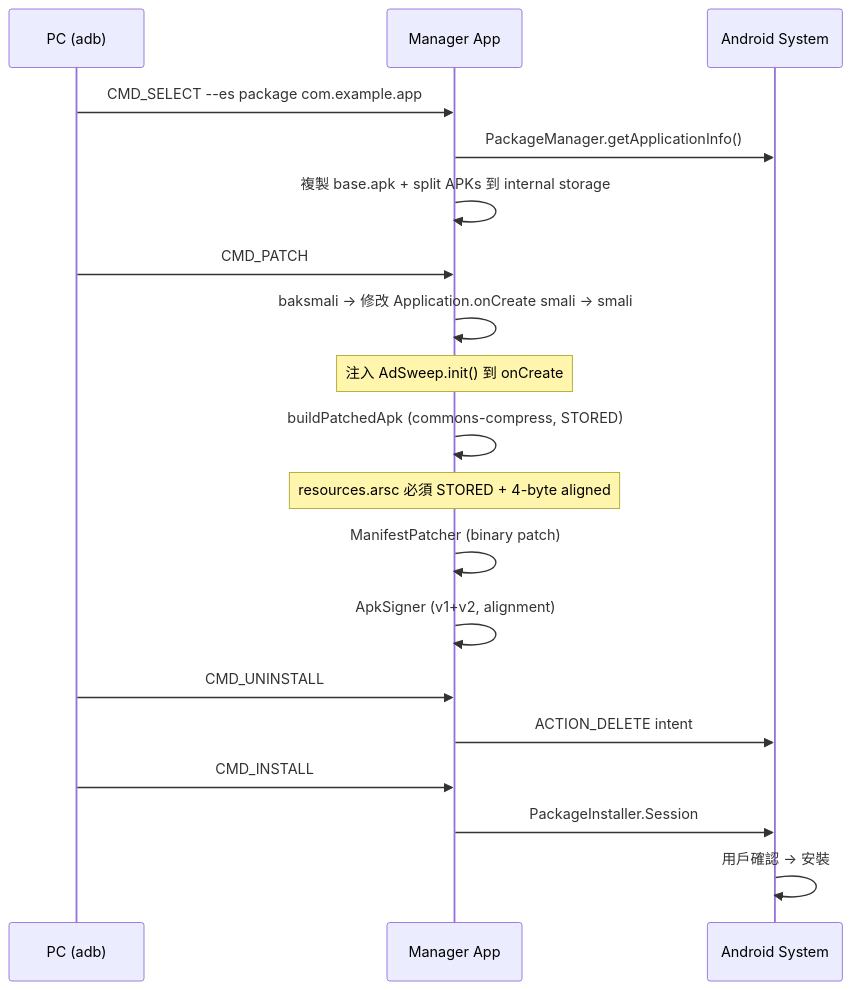
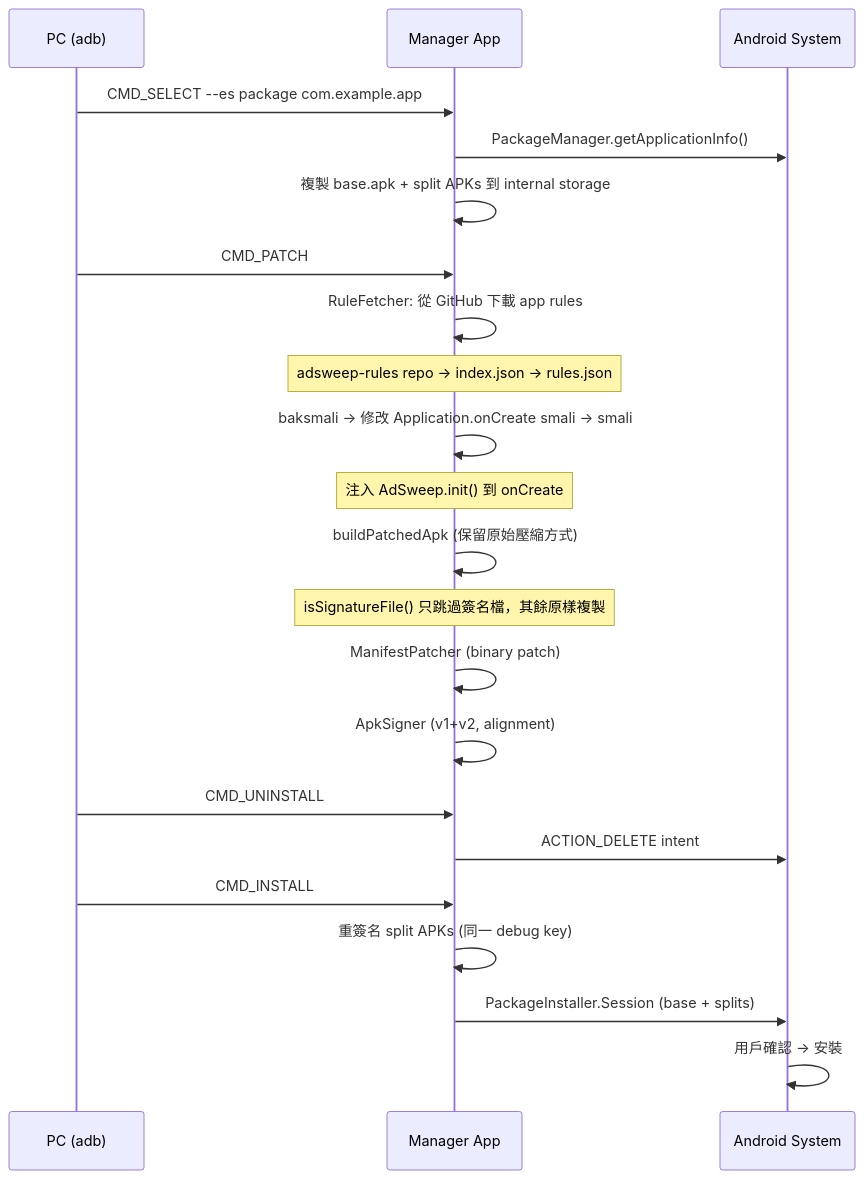
One commit to tzyyung/AdSweep changed the second of 11 diagrams in doc/ARCHITECTURE.md. Above: the diagram before and after it, drawn with Mermaid. The commit also changed other lines of this file and 12 other files, not shown here.

First line of the commit message:
Generalize on-device patching: split APK support, auto rules, compression fix

````diff
--- a/doc/ARCHITECTURE.md
+++ b/doc/ARCHITECTURE.md
@@ -50,25 +50,28 @@
 ```mermaid
 sequenceDiagram
     participant PC as PC (adb)
     participant Mgr as Manager App
     participant Sys as Android System
 
     PC->>Mgr: CMD_SELECT --es package com.example.app
     Mgr->>Sys: PackageManager.getApplicationInfo()
     Mgr->>Mgr: 複製 base.apk + split APKs 到 internal storage
 
     PC->>Mgr: CMD_PATCH
+    Mgr->>Mgr: RuleFetcher: 從 GitHub 下載 app rules
+    Note over Mgr: adsweep-rules repo → index.json → rules.json
     Mgr->>Mgr: baksmali → 修改 Application.onCreate smali → smali
     Note over Mgr: 注入 AdSweep.init() 到 onCreate
-    Mgr->>Mgr: buildPatchedApk (commons-compress, STORED)
-    Note over Mgr: resources.arsc 必須 STORED + 4-byte aligned
+    Mgr->>Mgr: buildPatchedApk (保留原始壓縮方式)
+    Note over Mgr: isSignatureFile() 只跳過簽名檔，其餘原樣複製
     Mgr->>Mgr: ManifestPatcher (binary patch)
     Mgr->>Mgr: ApkSigner (v1+v2, alignment)
 
     PC->>Mgr: CMD_UNINSTALL
     Mgr->>Sys: ACTION_DELETE intent
 
     PC->>Mgr: CMD_INSTALL
-    Mgr->>Sys: PackageInstaller.Session
+    Mgr->>Mgr: 重簽名 split APKs (同一 debug key)
+    Mgr->>Sys: PackageInstaller.Session (base + splits)
     Sys->>Sys: 用戶確認 → 安裝
 ```
````
